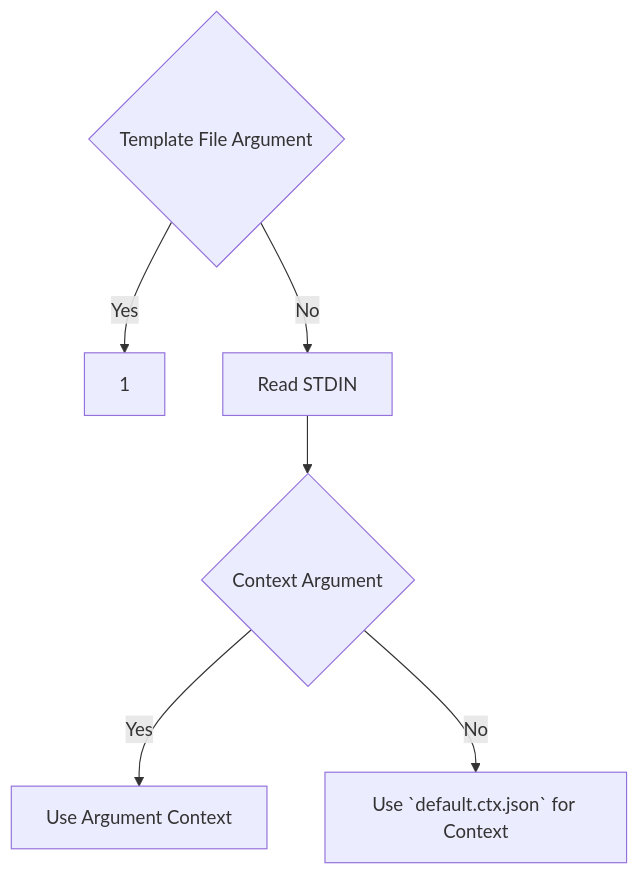
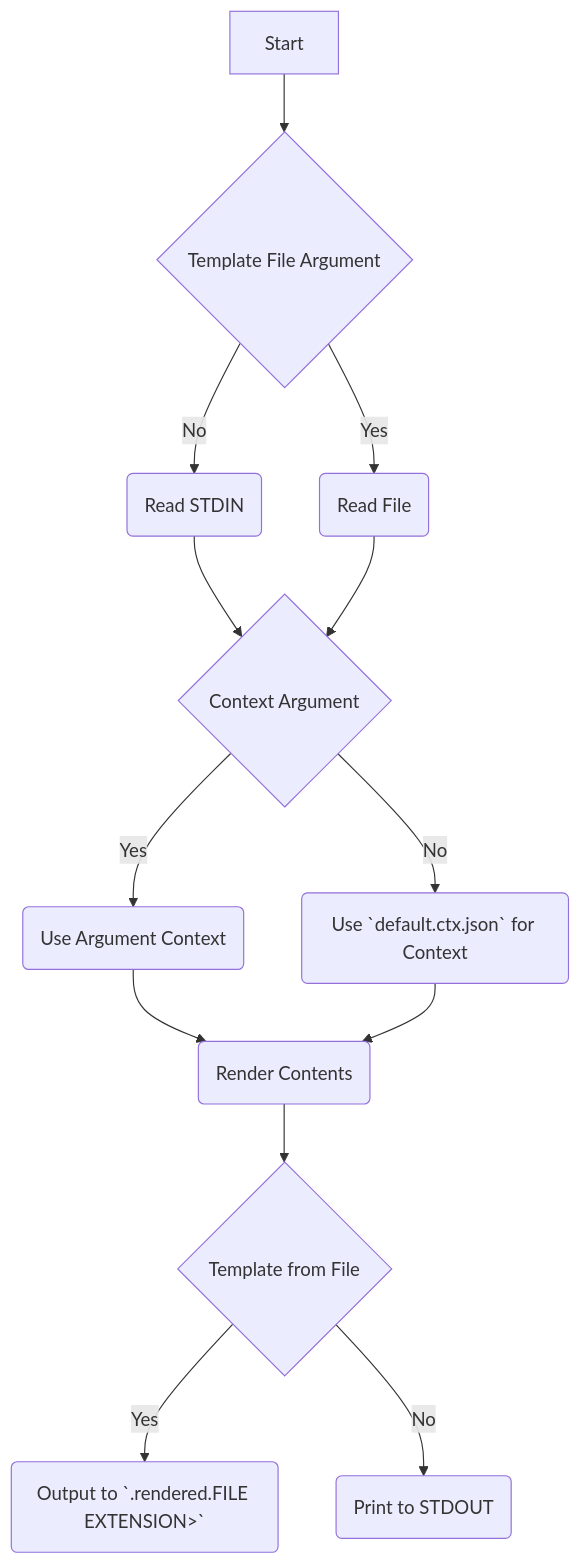
The diagram in rfcs/00-cli.md (DK26/rendit), drawn with Mermaid before and after one commit.

Commit message:
Updated CLI RFC Flowchart

````diff
--- a/rfcs/00-cli.md
+++ b/rfcs/00-cli.md
@@ -11,10 +11,19 @@
 ```mermaid
 graph TD;
+    Z[Start]-->A;
     A{Template File Argument};
-    A--> |Yes| B[1];
-    A--> |No| F[Read STDIN];
+    A--> |Yes| B(Read File);
+    A--> |No| F(Read STDIN);
     F-->C;
+    B-->C;
     C{Context Argument};
-    C--> |Yes| E[Use Argument Context];
-    C--> |No| D[Use `default.ctx.json` for Context];
+    C--> |Yes| E(Use Argument Context);
+    C--> |No| D(Use `default.ctx.json` for Context);
+    E-->G;
+    D-->G;
+    G(Render Contents);
+    G-->H;
+    H{Template from File};
+    H-->|Yes|J(Output to `.rendered.FILE EXTENSION>`);
+    H-->|No|K(Print to STDOUT);
 ```  
````
